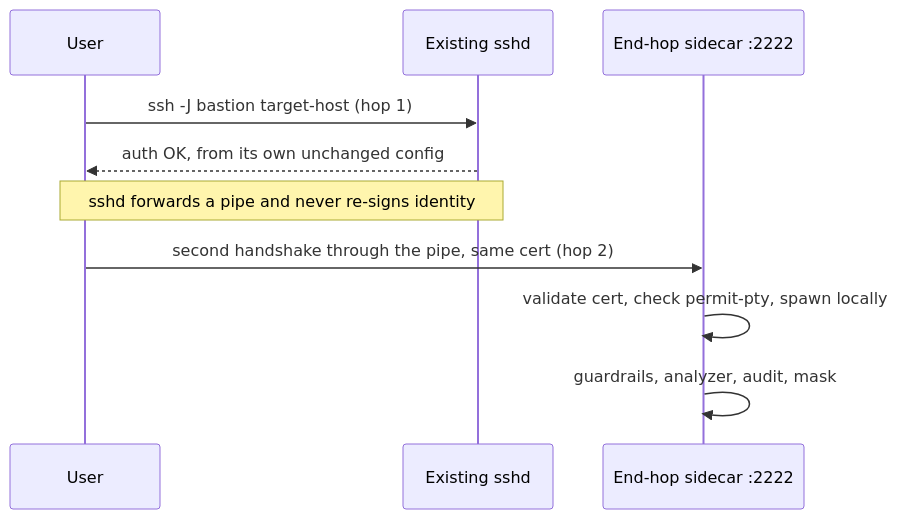
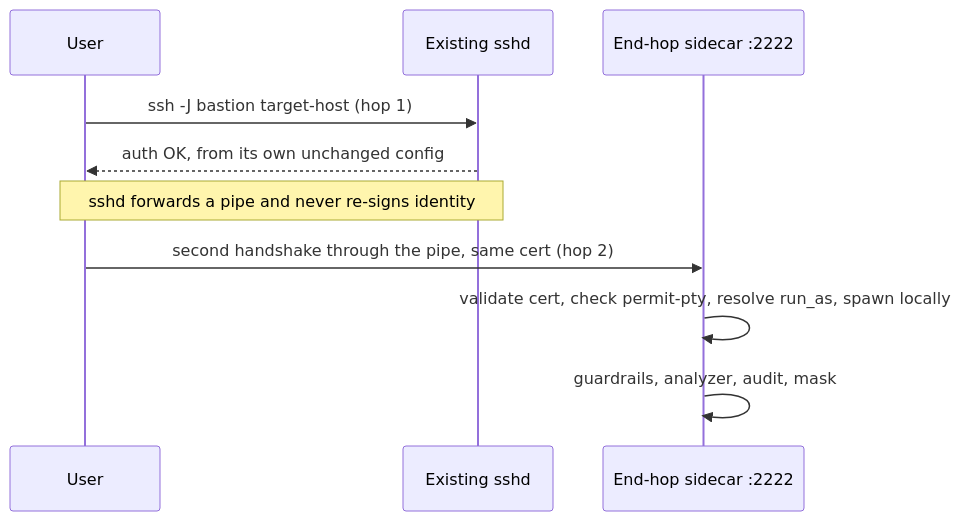
The second of 3 diagrams in docs/adr/0015-ssh-terminates-at-the-sidecar.md (hoophq/hoop), drawn with Mermaid before and after one commit. The commit also changed other lines of this file, not shown here.

Commit message:
Add proposed changes from Mat and include run_as specification as well

````diff
--- a/docs/adr/0015-ssh-terminates-at-the-sidecar.md
+++ b/docs/adr/0015-ssh-terminates-at-the-sidecar.md
@@ -194,14 +196,14 @@
 ```mermaid
 sequenceDiagram
     participant User
     participant SSHD as Existing sshd
     participant Endpoint as End-hop sidecar :2222
 
     User->>SSHD: ssh -J bastion target-host (hop 1)
     SSHD-->>User: auth OK, from its own unchanged config
     Note over User,SSHD: sshd forwards a pipe and never re-signs identity
 
     User->>Endpoint: second handshake through the pipe, same cert (hop 2)
-    Endpoint->>Endpoint: validate cert, check permit-pty, spawn locally
+    Endpoint->>Endpoint: validate cert, check permit-pty, resolve run_as, spawn locally
     Endpoint->>Endpoint: guardrails, analyzer, audit, mask
 ```
````
